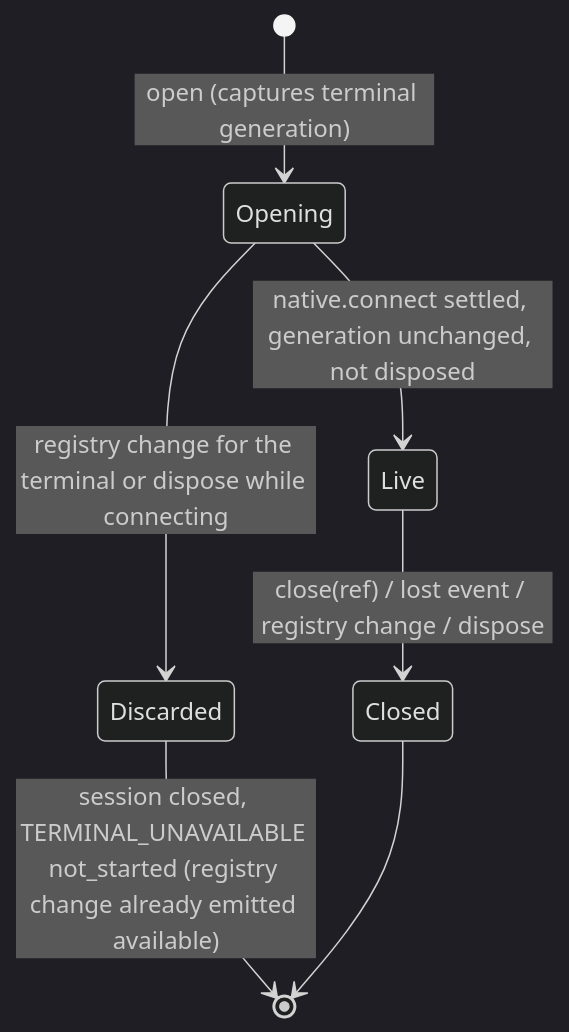
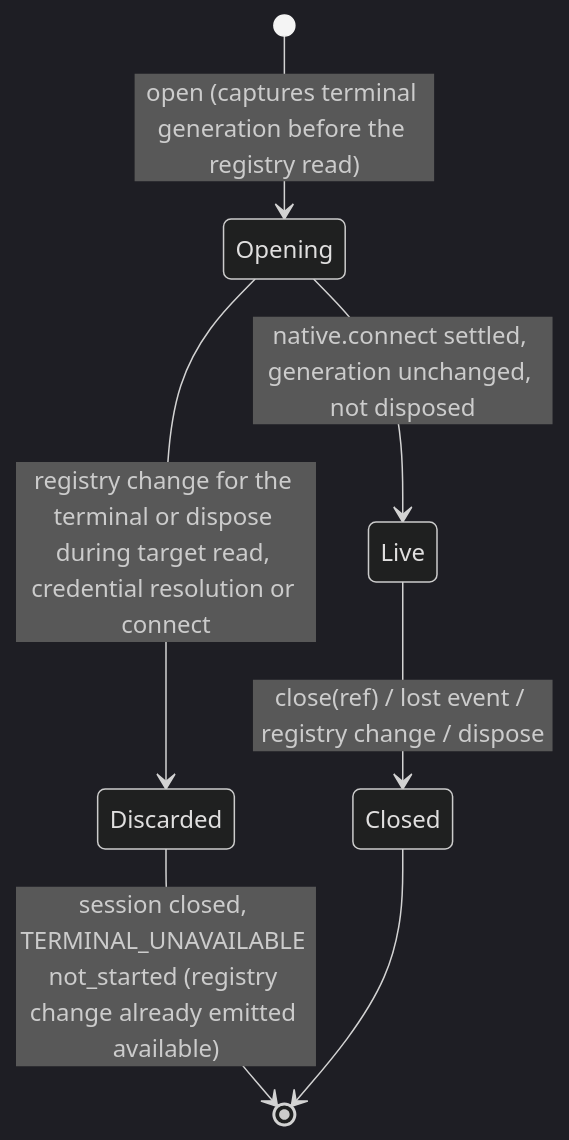
The fourth of 4 diagrams in docs/architecture/modules/terminals/README.md (kitepon/BellTeam), drawn with Mermaid (dark theme) before and after one commit. The commit also changed other lines of this file and 2 other files, not shown here.

Commit message:
fix(terminals): track whole open/check lifecycle for dispose and registry revision

````diff
--- a/docs/architecture/modules/terminals/README.md
+++ b/docs/architecture/modules/terminals/README.md
@@ -194,9 +194,9 @@
 ```mermaid
 stateDiagram-v2
-  [*] --> Opening: open (captures terminal generation)
+  [*] --> Opening: open (captures terminal generation before the registry read)
   Opening --> Live: native.connect settled, generation unchanged, not disposed
-  Opening --> Discarded: registry change for the terminal or dispose while connecting
+  Opening --> Discarded: registry change for the terminal or dispose during target read, credential resolution or connect
   Discarded --> [*]: session closed, TERMINAL_UNAVAILABLE not_started (registry change already emitted available)
   Live --> Closed: close(ref) / lost event / registry change / dispose
   Closed --> [*]
 ```
````
